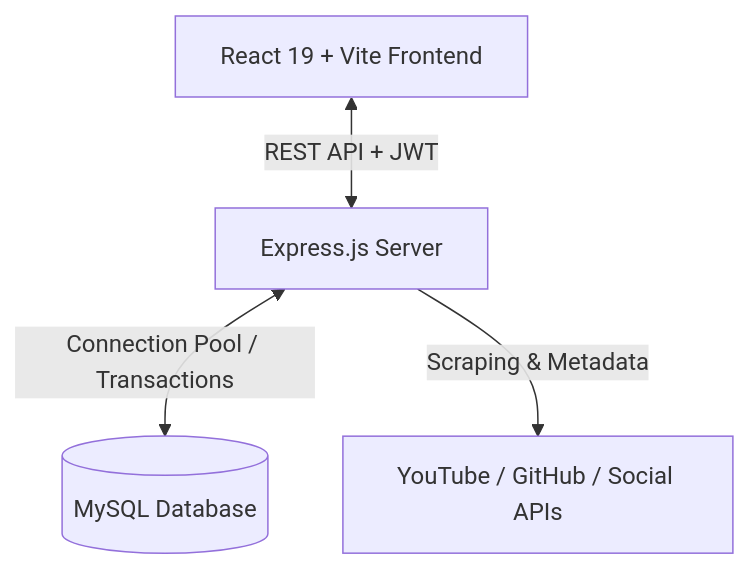
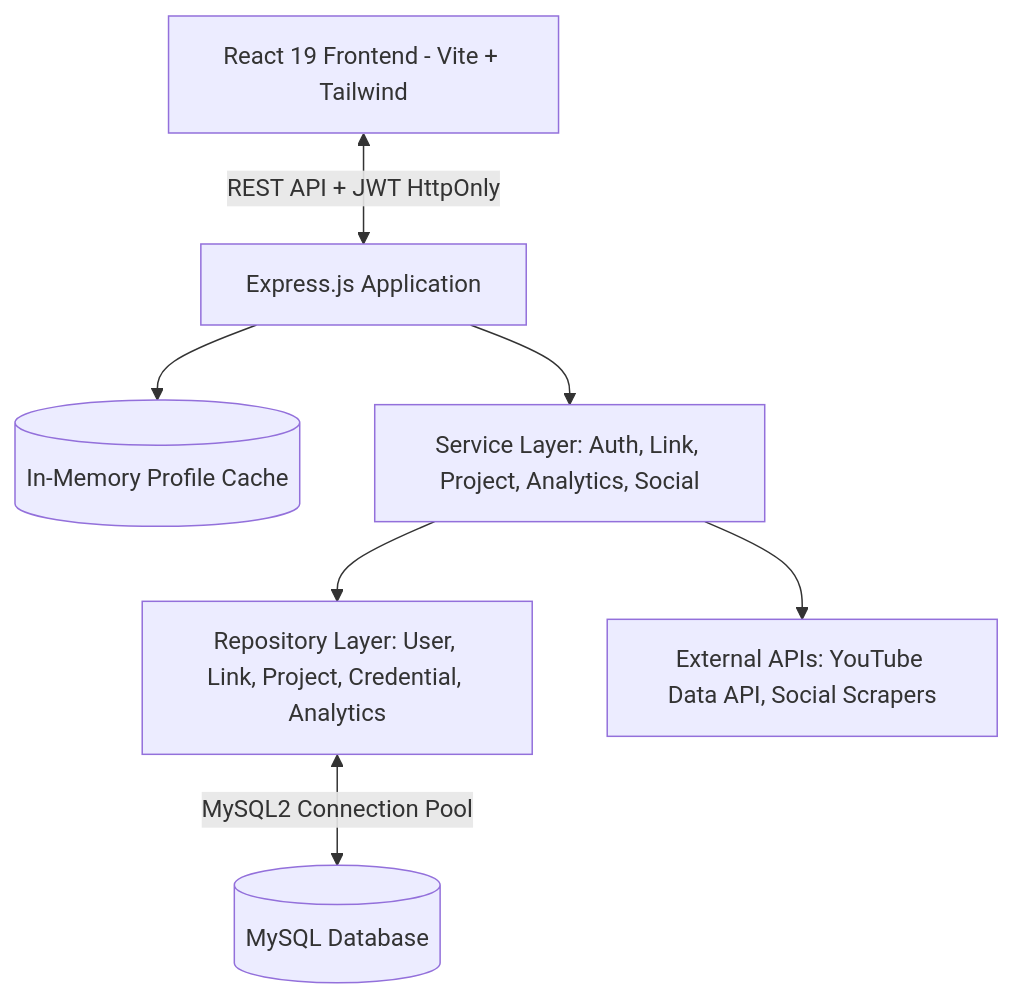
Before and after one commit to FuAdd21/LinkHub: the diagram in README.md, drawn with Mermaid. The commit also changed other lines of this file and 12 other files, not shown here.

Commit message:
feat(launch): add in-memory profile cache layer, magic byte upload validation, .env.example, and comprehensive documentation

````diff
--- a/README.md
+++ b/README.md
@@ -47,6 +63,9 @@
 ```mermaid
 graph TD
-    Client[React 19 + Vite Frontend] <-->|REST API + JWT| API[Express.js Server]
-    API <-->|Connection Pool / Transactions| DB[(MySQL Database)]
-    API -->|Scraping & Metadata| External[YouTube / GitHub / Social APIs]
+    Client[React 19 Frontend - Vite + Tailwind] <-->|REST API + JWT HttpOnly| Express[Express.js Application]
+    Express --> Cache[(In-Memory Profile Cache)]
+    Express --> Services[Service Layer: Auth, Link, Project, Analytics, Social]
+    Services --> Repositories[Repository Layer: User, Link, Project, Credential, Analytics]
+    Repositories <-->|MySQL2 Connection Pool| DB[(MySQL Database)]
+    Services --> External[External APIs: YouTube Data API, Social Scrapers]
 ```
````
